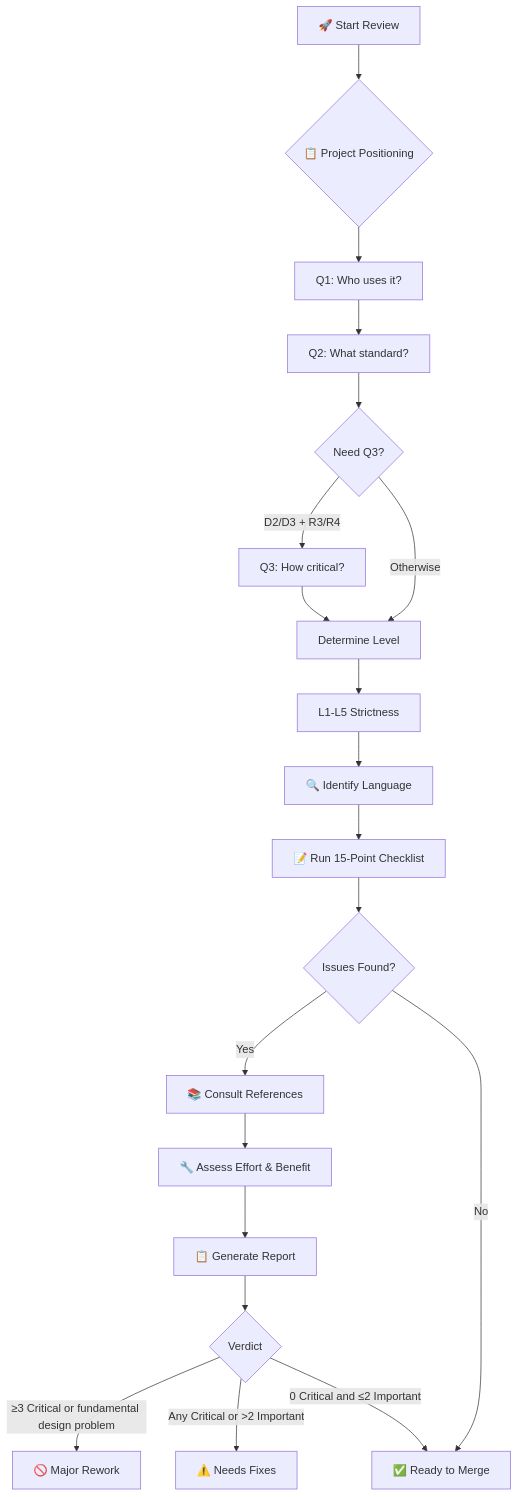
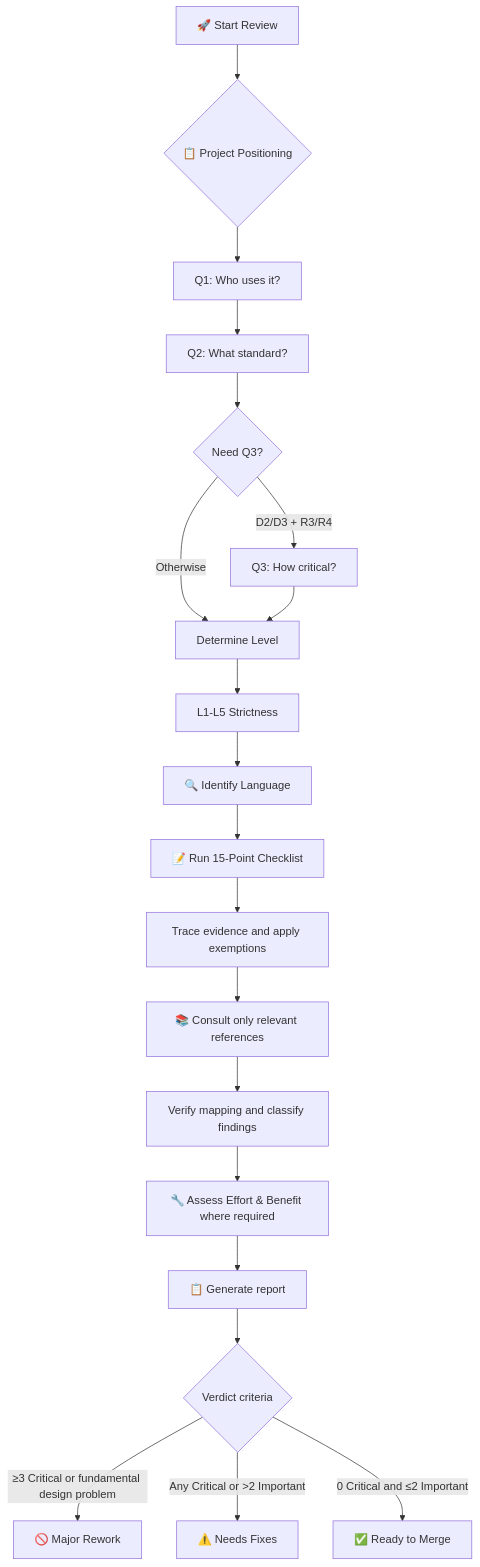
Before and after one commit to R-jed/clean-code-reviewer: the diagram in skills/clean-code-reviewer/docs/features.md, drawn with Mermaid. The commit also changed other lines of this file and 4 other files, not shown here.

````diff
--- a/skills/clean-code-reviewer/docs/features.md
+++ b/skills/clean-code-reviewer/docs/features.md
@@ -135,27 +137,25 @@
 ```mermaid
 flowchart TD
     A[🚀 Start Review] --> B{📋 Project Positioning}
     B --> C[Q1: Who uses it?]
     C --> D[Q2: What standard?]
     D --> E{Need Q3?}
 
     E -->|D2/D3 + R3/R4| F[Q3: How critical?]
     E -->|Otherwise| G[Determine Level]
     F --> G
 
     G --> H[L1-L5 Strictness]
     H --> I[🔍 Identify Language]
     I --> J[📝 Run 15-Point Checklist]
-    J --> K{Issues Found?}
+    J --> K[Trace evidence and apply exemptions]
+    K --> L[📚 Consult only relevant references]
+    L --> M[Verify mapping and classify findings]
+    M --> N[🔧 Assess Effort & Benefit where required]
+    N --> O[📋 Generate report]
+    O --> P{Verdict criteria}
 
-    K -->|Yes| L[📚 Consult References]
-    K -->|No| M[✅ Ready to Merge]
-
-    L --> L2[🔧 Assess Effort & Benefit]
-    L2 --> N[📋 Generate Report]
-    N --> O{Verdict}
-
-    O -->|≥3 Critical or fundamental design problem| P[🚫 Major Rework]
-    O -->|Any Critical or >2 Important| Q[⚠️ Needs Fixes]
-    O -->|0 Critical and ≤2 Important| M
+    P -->|≥3 Critical or fundamental design problem| Q[🚫 Major Rework]
+    P -->|Any Critical or >2 Important| R[⚠️ Needs Fixes]
+    P -->|0 Critical and ≤2 Important| S[✅ Ready to Merge]
 ```
````
